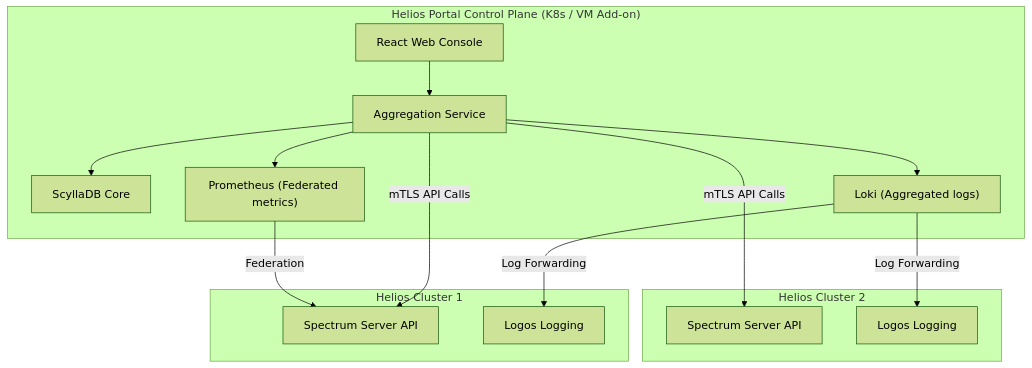
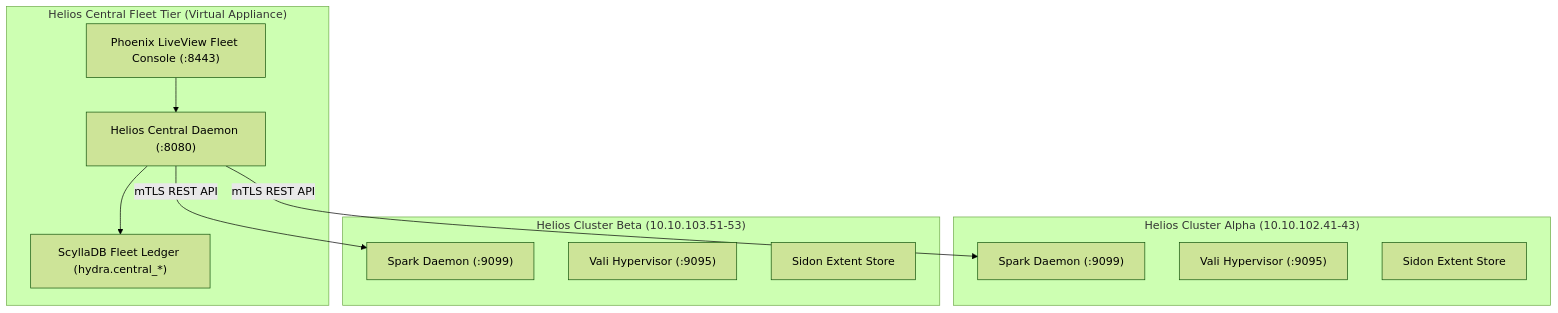
One commit to AuroraRyunix/Helios-HCI changed the first of 5 diagrams in docs/add_ons_design.md. Above: the diagram before and after it, drawn with Mermaid (forest theme). The commit also changed other lines of this file and 8 other files, not shown here.

````diff
--- a/docs/add_ons_design.md
+++ b/docs/add_ons_design.md
@@ -11,22 +11,22 @@
 ```mermaid
 graph TD
-    subgraph PC ["Helios Portal Control Plane (K8s / VM Add-on)"]
-        UI["React Web Console"] --> Agg["Aggregation Service"]
-        Agg --> DB["ScyllaDB Core"]
-        Agg --> Prom["Prometheus (Federated metrics)"]
-        Agg --> Log["Loki (Aggregated logs)"]
+    subgraph Fleet ["Helios Central Fleet Tier (Virtual Appliance)"]
+        UI["Phoenix LiveView Fleet Console (:8443)"]
+        Appliance["Helios Central Daemon (:8080)"]
+        DB["ScyllaDB Fleet Ledger (hydra.central_*)"]
     end
-    subgraph C1 ["Helios Cluster 1"]
-        S1["Spectrum Server API"]
-        L1["Logos Logging"]
+    subgraph ClusterA ["Helios Cluster Alpha (10.10.102.41-43)"]
+        SparkA["Spark Daemon (:9099)"]
+        ValiA["Vali Hypervisor (:9095)"]
+        SidonA["Sidon Extent Store"]
     end
-    subgraph C2 ["Helios Cluster 2"]
-        S2["Spectrum Server API"]
-        L2["Logos Logging"]
+    subgraph ClusterB ["Helios Cluster Beta (10.10.103.51-53)"]
+        SparkB["Spark Daemon (:9099)"]
+        ValiB["Vali Hypervisor (:9095)"]
+        SidonB["Sidon Extent Store"]
     end
-    Agg -- mTLS API Calls --> S1
-    Agg -- mTLS API Calls --> S2
-    Prom -- Federation --> S1
-    Log -- Log Forwarding --> L1
-    Log -- Log Forwarding --> L2
+    UI --> Appliance
+    Appliance --> DB
+    Appliance -- mTLS REST API --> SparkA
+    Appliance -- mTLS REST API --> SparkB
 ```
````
